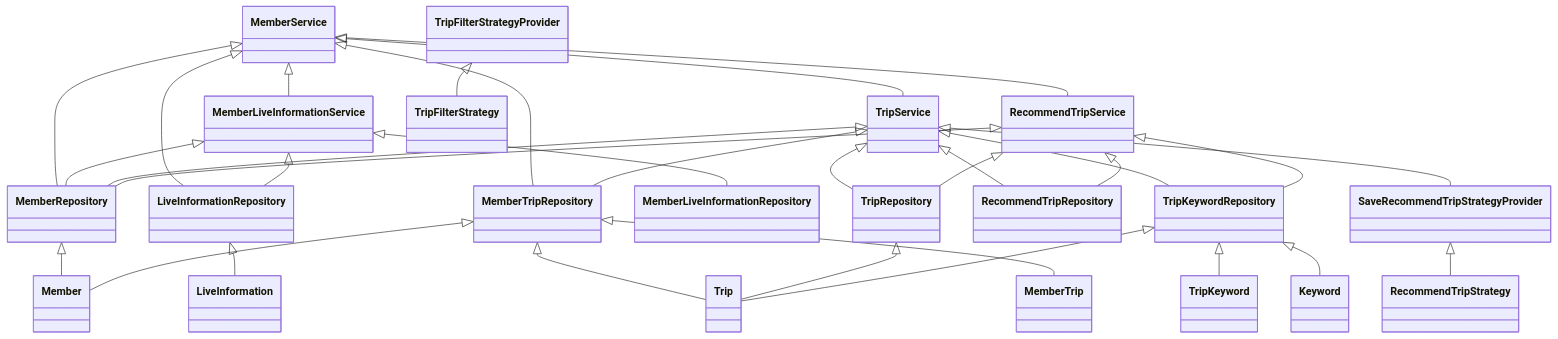
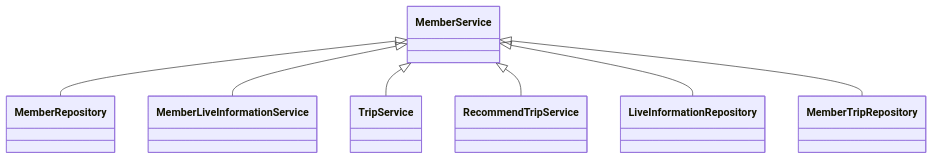
The first of 3 diagrams in gemini_Test.md (frog9088/markdown_testing), drawn with Mermaid before and after one commit. The commit also changed other lines of this file, not shown here.

````diff
--- a/gemini_Test.md
+++ b/gemini_Test.md
@@ -16,33 +18,9 @@
 ```mermaid
 classDiagram
     MemberService <|-- MemberRepository
     MemberService <|-- MemberLiveInformationService
     MemberService <|-- TripService
     MemberService <|-- RecommendTripService
     MemberService <|-- LiveInformationRepository
     MemberService <|-- MemberTripRepository
-    MemberRepository <|-- Member
-    MemberLiveInformationService <|-- MemberLiveInformationRepository
-    MemberLiveInformationService <|-- LiveInformationRepository
-    MemberLiveInformationService <|-- MemberRepository
-    TripService <|-- TripRepository
-    TripService <|-- RecommendTripRepository
-    TripService <|-- MemberRepository
-    TripService <|-- MemberTripRepository
-    TripService <|-- TripKeywordRepository
-    TripService <|-- SaveRecommendTripStrategyProvider
-    RecommendTripService <|-- RecommendTripRepository
-    RecommendTripService <|-- MemberRepository
-    RecommendTripService <|-- TripRepository
-    RecommendTripService <|-- TripKeywordRepository
-    LiveInformationRepository <|-- LiveInformation
-    MemberTripRepository <|-- MemberTrip
-    MemberTripRepository <|-- Member
-    MemberTripRepository <|-- Trip
-    TripRepository <|-- Trip
-    TripKeywordRepository <|-- TripKeyword
-    TripKeywordRepository <|-- Trip
-    TripKeywordRepository <|-- Keyword
-    SaveRecommendTripStrategyProvider <|-- RecommendTripStrategy
-    TripFilterStrategyProvider <|-- TripFilterStrategy
 ```
````
